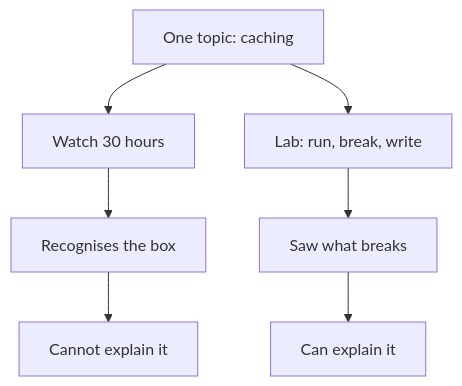
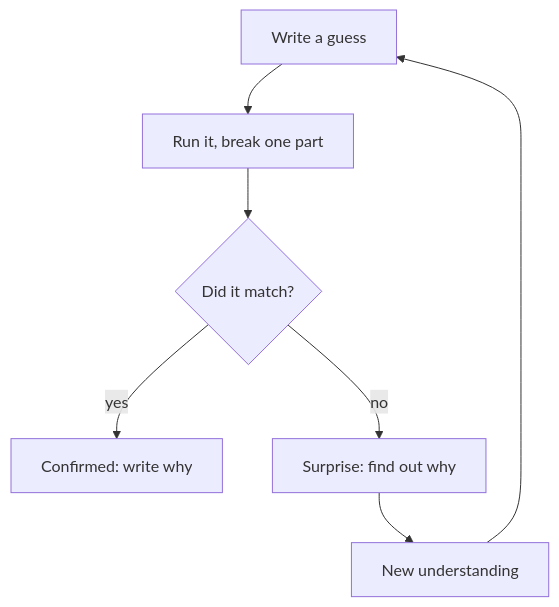
The diagram in content/import/build-with-ai/04-daily-labs/04.01-set-the-scene.md (Muhammad-AnasKhan/Buildment), drawn with Mermaid before and after one commit. The commit also changed other lines of this file and 14 other files, not shown here.

````diff
--- a/content/import/build-with-ai/04-daily-labs/04.01-set-the-scene.md
+++ b/content/import/build-with-ai/04-daily-labs/04.01-set-the-scene.md
@@ -59,9 +59,9 @@
 ```mermaid
 flowchart TD
-  A["One topic: caching"] --> B["Watch 30 hours"]
-  A --> C["Lab: run, break, write"]
-  B --> D["Recognises the box"]
-  C --> E["Saw what breaks"]
-  D --> F["Cannot explain it"]
-  E --> G["Can explain it"]
+  G["Write a guess"] --> R["Run it, break one part"]
+  R --> M{"Did it match?"}
+  M -->|"yes"| C["Confirmed: write why"]
+  M -->|"no"| S["Surprise: find out why"]
+  S --> N["New understanding"]
+  N --> G
 ```
````
